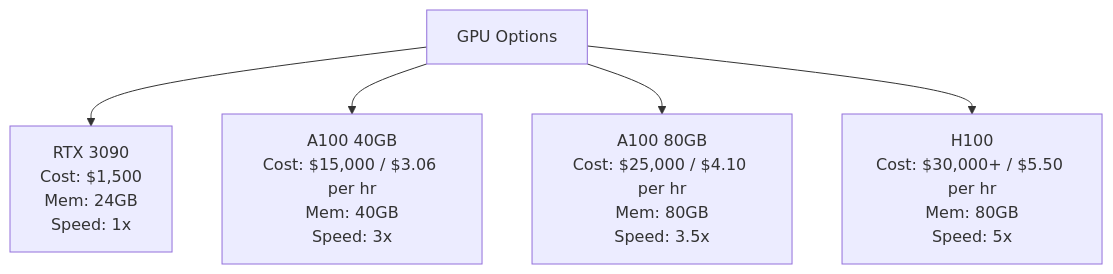
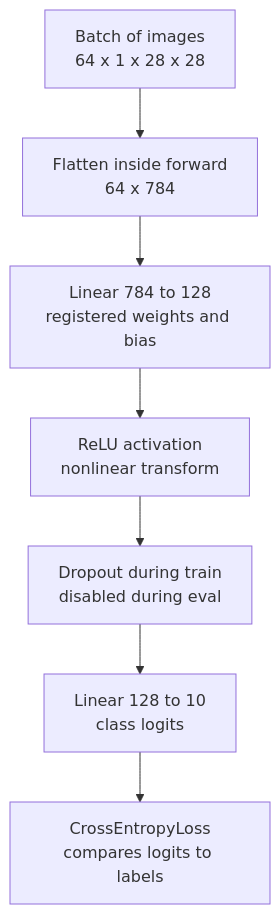
One commit to krisztiankoos/kubedojo changed the third of 7 diagrams in src/content/docs/ai-ml-engineering/deep-learning/module-1.3-training-neural-networks.md. Above: the diagram before and after it, drawn with Mermaid. The commit also changed other lines of this file, not shown here.

````diff
--- a/src/content/docs/ai-ml-engineering/deep-learning/module-1.3-training-neural-networks.md
+++ b/src/content/docs/ai-ml-engineering/deep-learning/module-1.3-training-neural-networks.md
@@ -1095,7 +389,9 @@
 ```mermaid
-graph TD
-    GPU[GPU Options] --> RTX[RTX 3090<br>Cost: $1,500<br>Mem: 24GB<br>Speed: 1x]
-    GPU --> A40[A100 40GB<br>Cost: $15,000 / $3.06 per hr<br>Mem: 40GB<br>Speed: 3x]
-    GPU --> A80[A100 80GB<br>Cost: $25,000 / $4.10 per hr<br>Mem: 80GB<br>Speed: 3.5x]
-    GPU --> H100[H100<br>Cost: $30,000+ / $5.50 per hr<br>Mem: 80GB<br>Speed: 5x]
+flowchart TD
+    Input[Batch of images<br>64 x 1 x 28 x 28] --> Flatten[Flatten inside forward<br>64 x 784]
+    Flatten --> FC1[Linear 784 to 128<br>registered weights and bias]
+    FC1 --> Relu[ReLU activation<br>nonlinear transform]
+    Relu --> Dropout[Dropout during train<br>disabled during eval]
+    Dropout --> FC2[Linear 128 to 10<br>class logits]
+    FC2 --> Loss[CrossEntropyLoss<br>compares logits to labels]
 ```
````
